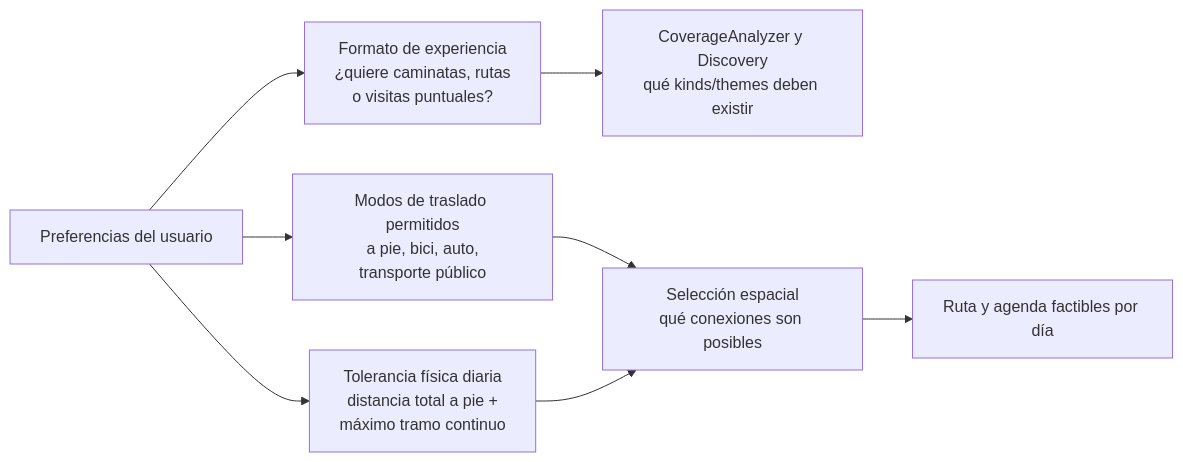
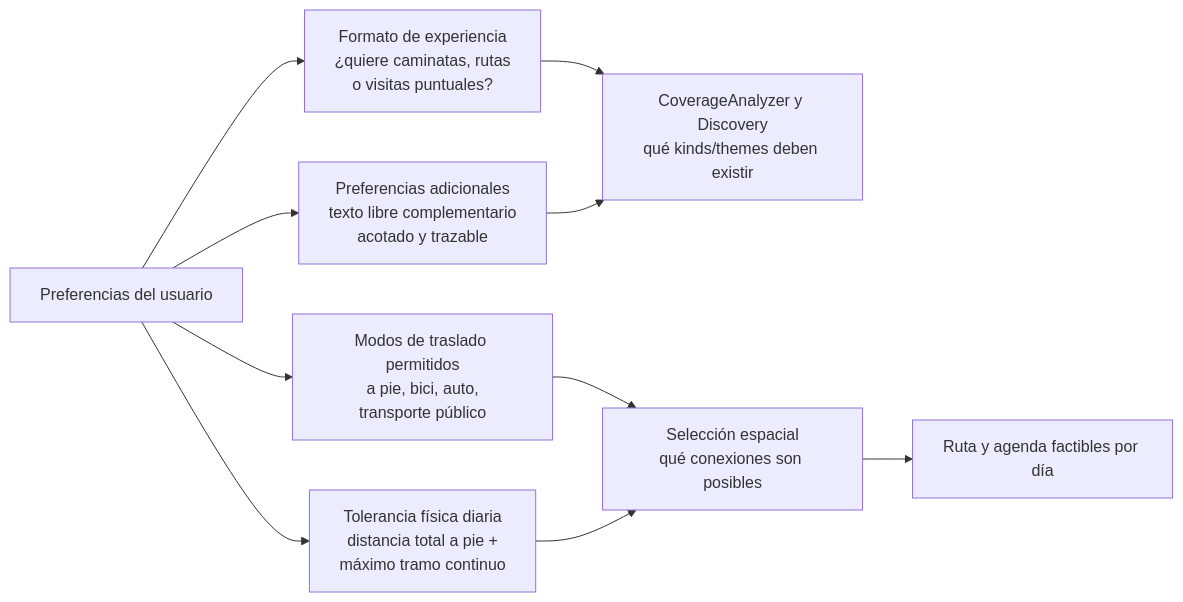
Before and after one commit to entity-builders-labs/zig-zag: the second of 14 diagrams in docs/architecture/activity-discovery-and-tour-generation.md, drawn with Mermaid. The commit also changed other lines of this file and 4 other files, not shown here.

````diff
--- a/docs/architecture/activity-discovery-and-tour-generation.md
+++ b/docs/architecture/activity-discovery-and-tour-generation.md
@@ -84,11 +84,13 @@
 ```mermaid
 flowchart LR
     U["Preferencias del usuario"] --> E["Formato de experiencia<br/>¿quiere caminatas, rutas<br/>o visitas puntuales?"]
     U --> M["Modos de traslado permitidos<br/>a pie, bici, auto,<br/>transporte público"]
     U --> F["Tolerancia física diaria<br/>distancia total a pie +<br/>máximo tramo continuo"]
+    U --> P["Preferencias adicionales<br/>texto libre complementario<br/>acotado y trazable"]
 
     E --> D["CoverageAnalyzer y Discovery<br/>qué kinds/themes deben existir"]
+    P --> D
     M --> S["Selección espacial<br/>qué conexiones son posibles"]
     F --> S
     S --> R["Ruta y agenda factibles por día"]
 ```
````
